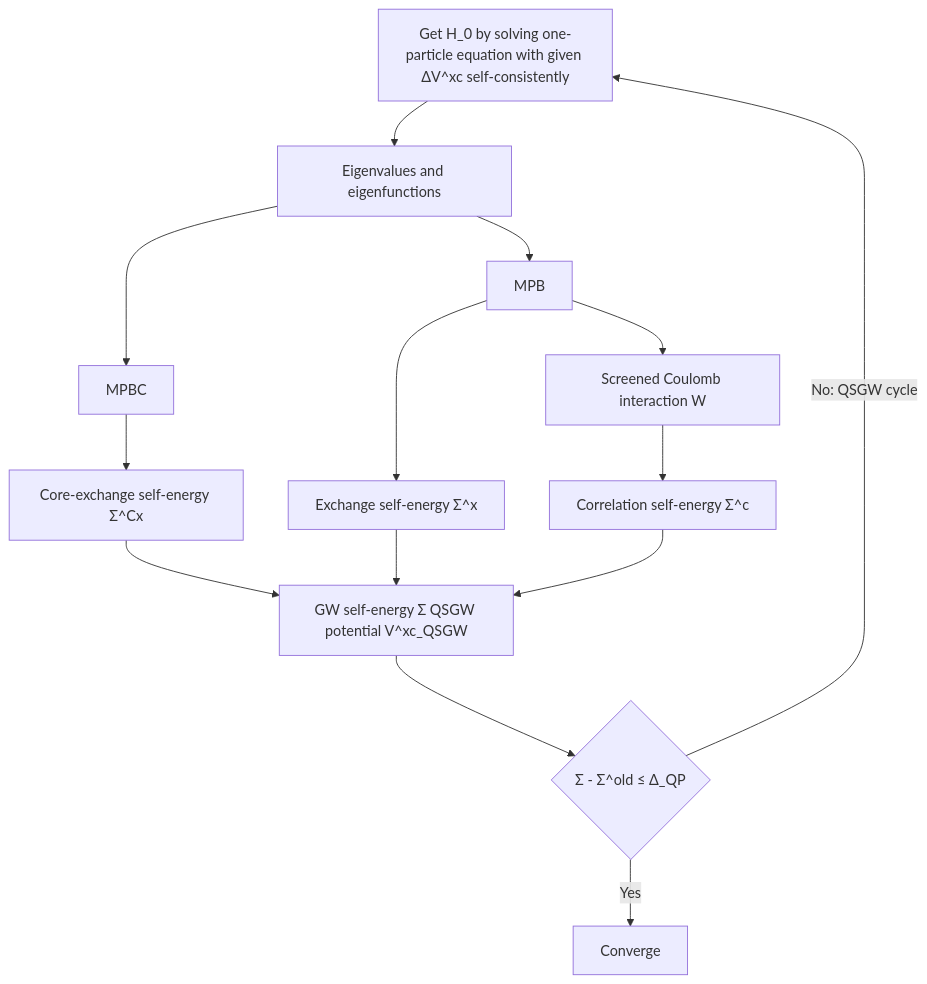
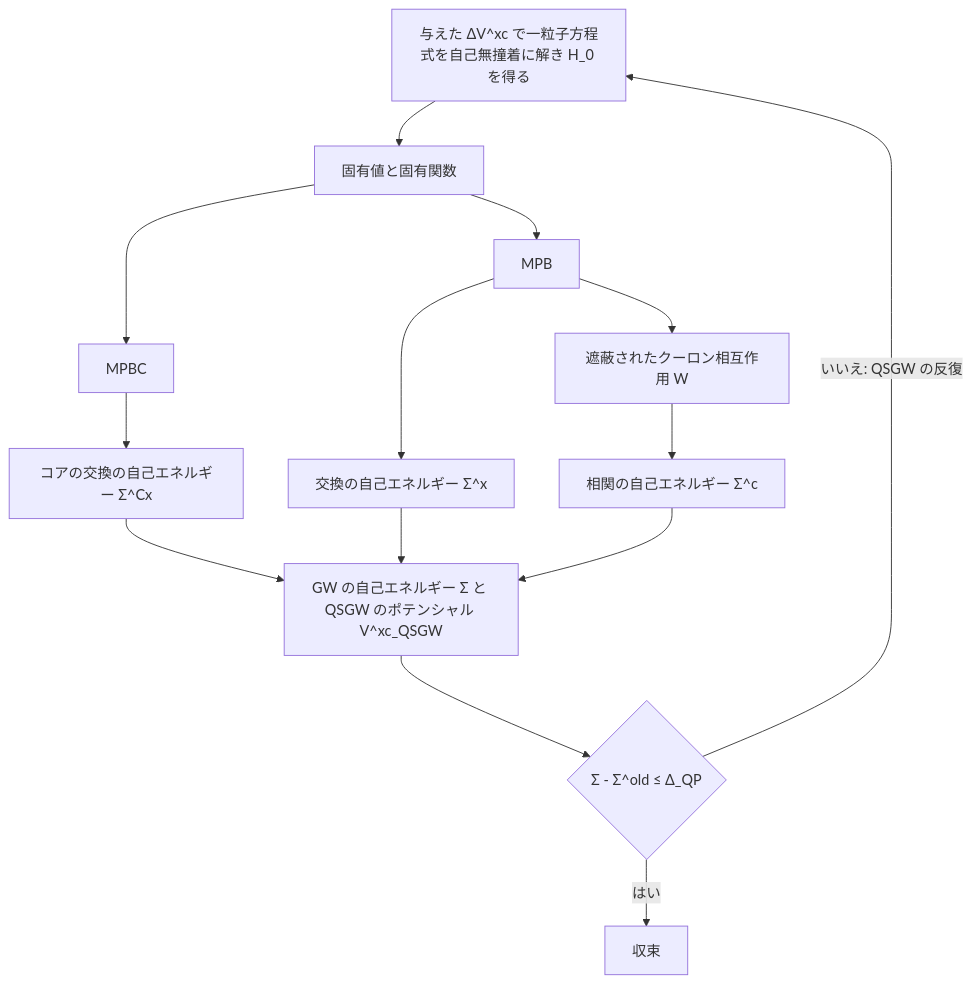
The diagram in theory/qsgw.md (ecalj/ecaljdoc), drawn with Mermaid before and after one commit. The commit also changed other lines of this file and 107 other files, not shown here.

````diff
--- a/theory/qsgw.md
+++ b/theory/qsgw.md
@@ -41,16 +63,16 @@
 ```mermaid
 graph TD
-    A1[Get H_0 by solving one-particle equation with given ΔV^xc self-consistently] --> A2[Eigenvalues and eigenfunctions]
+    A1[与えた ΔV^xc で一粒子方程式を自己無撞着に解き H_0 を得る] --> A2[固有値と固有関数]
     A2 --> B1[MPBC]
     A2 --> B2[MPB]
-    B1 --> C1[Core-exchange self-energy Σ^Cx]
-    B2 --> C2[Exchange self-energy Σ^x]
-    B2 --> D1[Screened Coulomb interaction W]
-    D1 --> C3[Correlation self-energy Σ^c]
-    C1 --> E1[GW self-energy Σ QSGW potential V^xc_QSGW]
+    B1 --> C1[コアの交換の自己エネルギー Σ^Cx]
+    B2 --> C2[交換の自己エネルギー Σ^x]
+    B2 --> D1[遮蔽されたクーロン相互作用 W]
+    D1 --> C3[相関の自己エネルギー Σ^c]
+    C1 --> E1[GW の自己エネルギー Σ と QSGW のポテンシャル V^xc_QSGW]
     C2 --> E1
     C3 --> E1
     E1 --> F1{Σ - Σ^old ≤ Δ_QP}
-    F1 -->|No: QSGW cycle| A1
-    F1 -->|Yes| G1[Converge]
+    F1 -->|いいえ: QSGW の反復| A1
+    F1 -->|はい| G1[収束]
 ```
````
